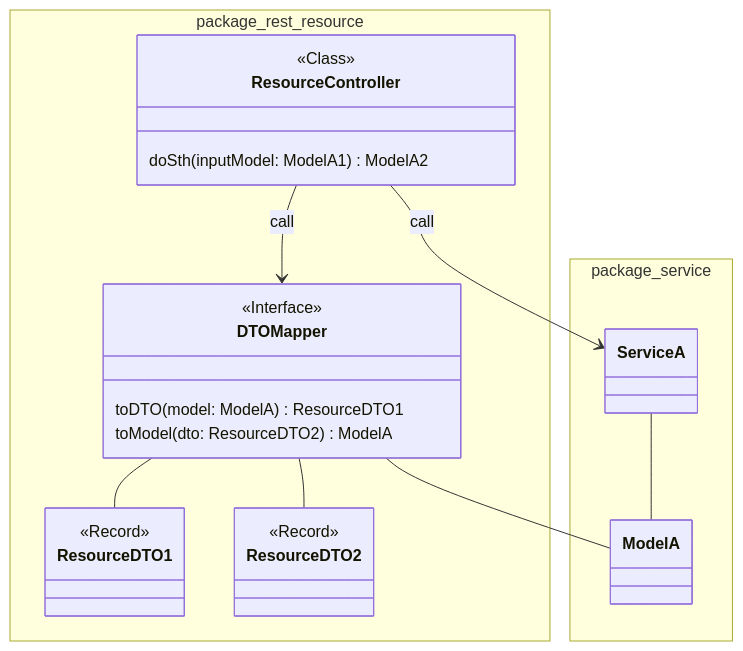
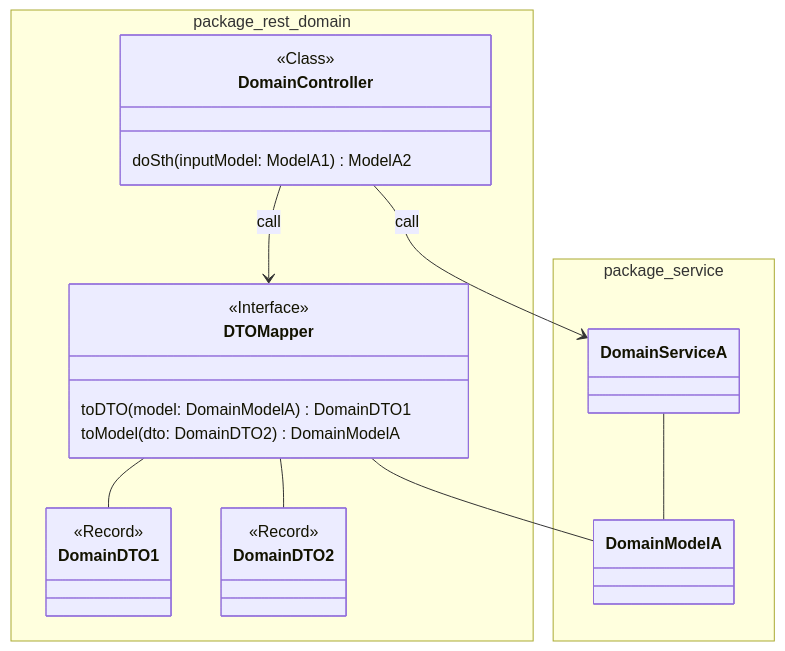
The second of 4 diagrams in docs/src/technik/systemspecification/backend.md (it-at-m/Wahllokalsystem), drawn with Mermaid before and after one commit. The commit also changed other lines of this file and 3 other files, not shown here.

````diff
--- a/docs/src/technik/systemspecification/backend.md
+++ b/docs/src/technik/systemspecification/backend.md
@@ -89,45 +89,45 @@
 ```mermaid
 
 classDiagram
 
     namespace package_service {
-        class ModelA {
+        class DomainModelA {
 
         }
         
-        class ServiceA {
+        class DomainServiceA {
             
         }
     }
 
-    namespace package_rest_resource {
-        class ResourceController {
+    namespace package_rest_domain {
+        class DomainController {
             <<Class>>
             doSth(inputModel: ModelA1) ModelA2
         }
 
-        class ResourceDTO1 {
+        class DomainDTO1 {
             <<Record>>
         }
 
-        class ResourceDTO2 {
+        class DomainDTO2 {
             <<Record>>
         }
 
         class DTOMapper {
             <<Interface>>
 
-            toDTO(model: ModelA) ResourceDTO1
-            toModel(dto: ResourceDTO2) ModelA
+            toDTO(model: DomainModelA) DomainDTO1
+            toModel(dto: DomainDTO2) DomainModelA
         }
     }
 
-    ResourceController --> ServiceA : call
-    ResourceController --> DTOMapper : call
+    DomainController --> DomainServiceA : call
+    DomainController --> DTOMapper : call
 
-    DTOMapper -- ResourceDTO1
-    DTOMapper -- ResourceDTO2
-    DTOMapper -- ModelA
-    ServiceA -- ModelA
+    DTOMapper -- DomainDTO1
+    DTOMapper -- DomainDTO2
+    DTOMapper -- DomainModelA
+  DomainServiceA -- DomainModelA
     
 ```  
````
